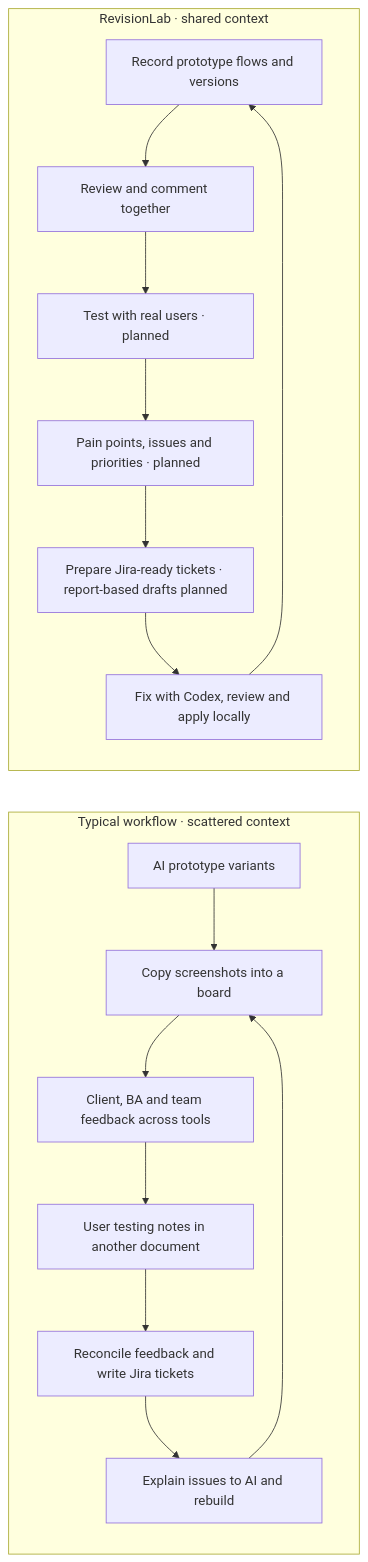
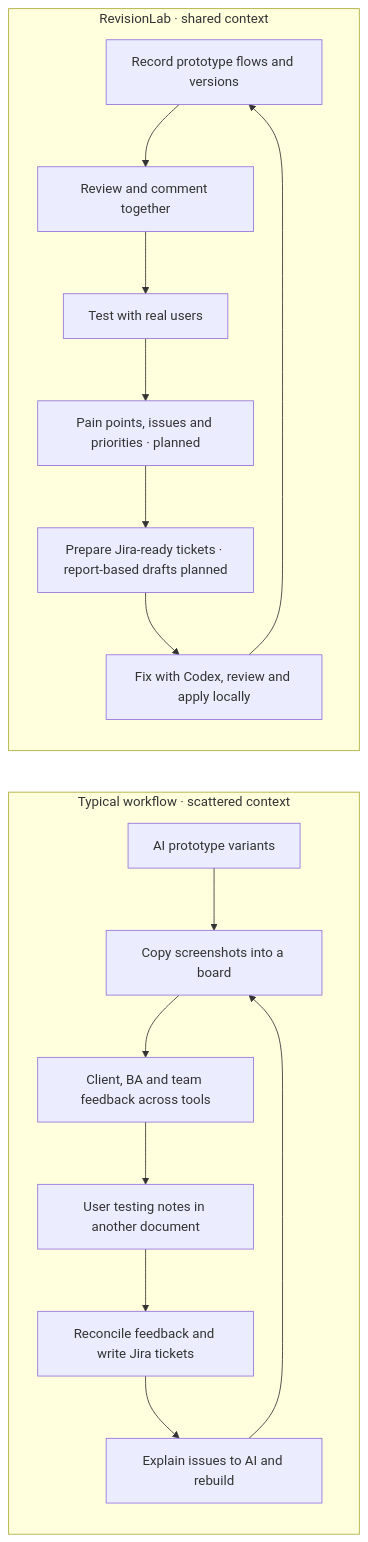
Before and after one commit to gil00pita/RevisionLab: the diagram in README.md, drawn with Mermaid. The commit also changed other lines of this file and 34 other files, not shown here.

````diff
--- a/README.md
+++ b/README.md
@@ -17,21 +17,21 @@
 ```mermaid
 flowchart LR
   subgraph normal["Typical workflow · scattered context"]
     direction TB
     A["AI prototype variants"] --> B["Copy screenshots into a board"]
     B --> C["Client, BA and team feedback across tools"]
     C --> D["User testing notes in another document"]
     D --> E["Reconcile feedback and write Jira tickets"]
     E --> F["Explain issues to AI and rebuild"]
     F --> B
   end
   subgraph revisionlab["RevisionLab · shared context"]
     direction TB
     G["Record prototype flows and versions"] --> H["Review and comment together"]
-    H --> I["Test with real users · planned"]
+    H --> I["Test with real users"]
     I --> J["Pain points, issues and priorities · planned"]
     J --> K["Prepare Jira-ready tickets · report-based drafts planned"]
     K --> L["Fix with Codex, review and apply locally"]
     L --> G
   end
 ```
````
